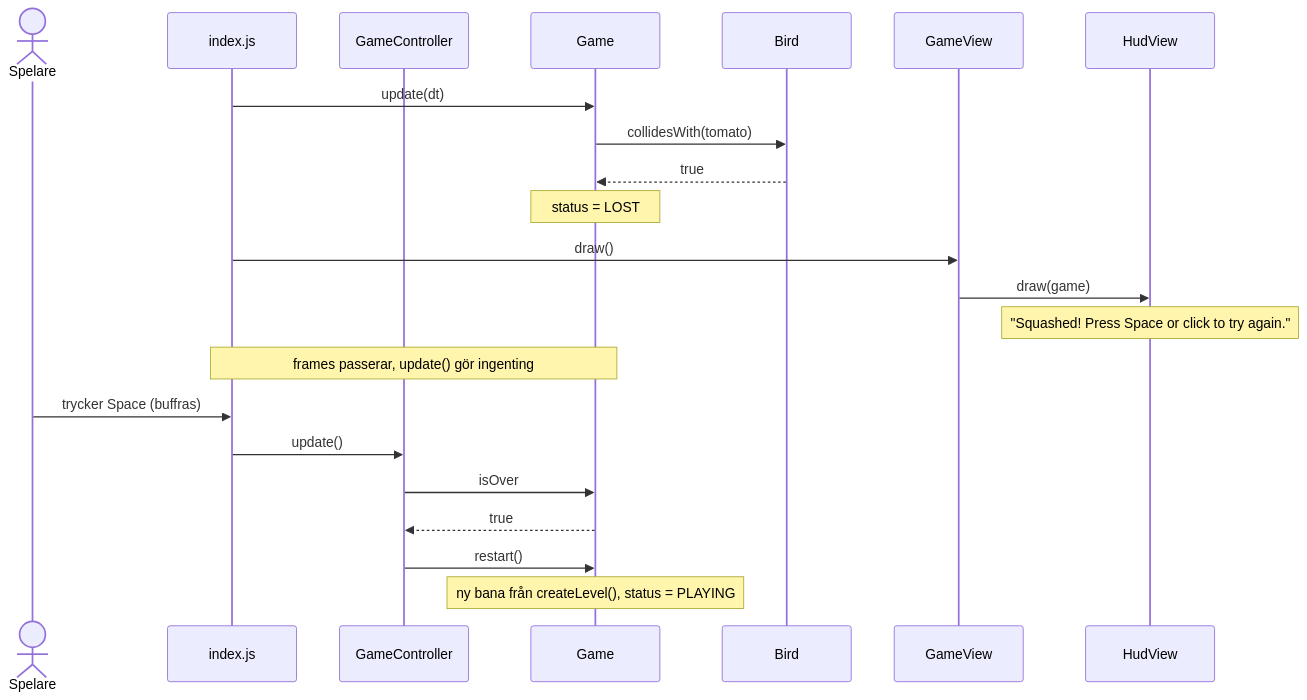
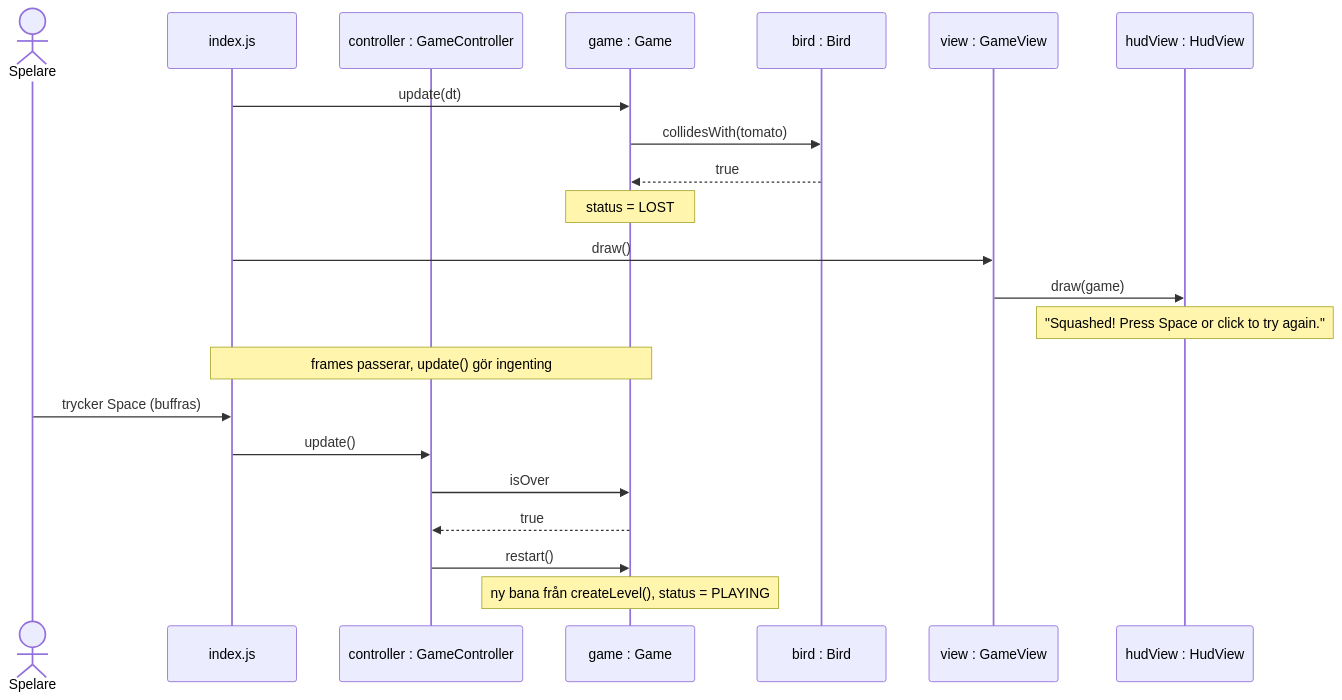
The ninth of 9 diagrams in MVC_DESIGN.md (1dv610/ripe-tomato), drawn with Mermaid before and after one commit. The commit also changed other lines of this file, not shown here.

First line of the commit message:
Name sequence diagram lifelines as instances in UML notation

````diff
--- a/MVC_DESIGN.md
+++ b/MVC_DESIGN.md
@@ -855,28 +864,28 @@
 ```mermaid
 sequenceDiagram
     actor A as Spelare
     participant S as index.js
-    participant C as GameController
-    participant G as Game
-    participant B as Bird
-    participant V as GameView
-    participant H as HudView
+    participant C as controller : GameController
+    participant G as game : Game
+    participant B as bird : Bird
+    participant V as view : GameView
+    participant H as hudView : HudView
 
     S->>G: update(dt)
     G->>B: collidesWith(tomato)
     B-->>G: true
     Note over G: status = LOST
 
     S->>V: draw()
     V->>H: draw(game)
     Note over H: "Squashed! Press Space or click to try again."
 
     Note over S,G: frames passerar, update() gör ingenting
     A->>S: trycker Space (buffras)
 
     S->>C: update()
     C->>G: isOver
     G-->>C: true
     C->>G: restart()
     Note over G: ny bana från createLevel(), status = PLAYING
 ```
````
